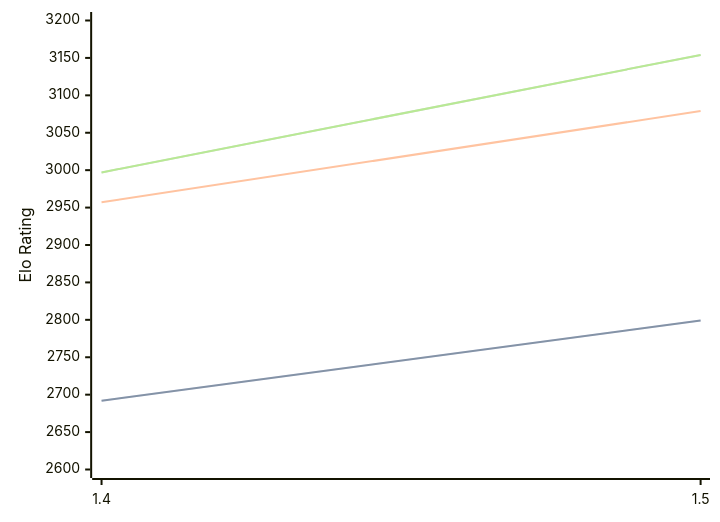
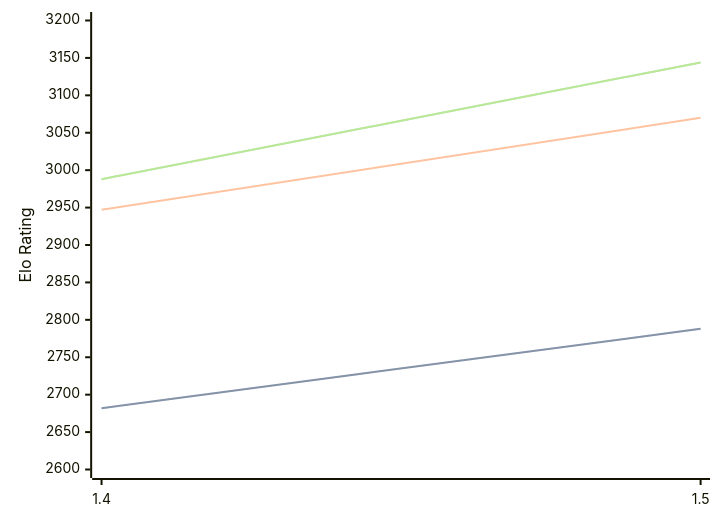
The diagram in engines/Yakka.md (computer-chess-index/cci), drawn with Mermaid before and after one commit. The commit also changed other lines of this file, not shown here.

Commit message:
Update CCI Ratings (ELO VLTC) - 2026-03-19

````diff
--- a/engines/Yakka.md
+++ b/engines/Yakka.md
@@ -34,11 +34,11 @@
 ```mermaid
 %%{init: {"theme":"base","themeVariables":{"seriesColors:['#a3a3a3','#222221','#faa371']}}}%%
 xychart-beta
   x-axis ["1.4", "1.5"]
   y-axis "Elo Rating" 2600 --> 3200
-  line "STC (8.0+0.08s)" [2692, 2799]
-  line "STC (8.0+0.08s)" [2692, 2799]
-  line "LTC (60.0+0.60s)" [2957, 3079]
-  line "VLTC (2m24s+1.12s)" [2997, 3154]
-  line "VLTC (2m24s+1.12s)" [2997, 3154]
+  line "STC (8.0+0.08s)" [2682, 2788]
+  line "STC (8.0+0.08s)" [2682, 2788]
+  line "LTC (60.0+0.60s)" [2947, 3070]
+  line "VLTC (2m24s+1.12s)" [2988, 3144]
+  line "VLTC (2m24s+1.12s)" [2988, 3144]
 ```
````
